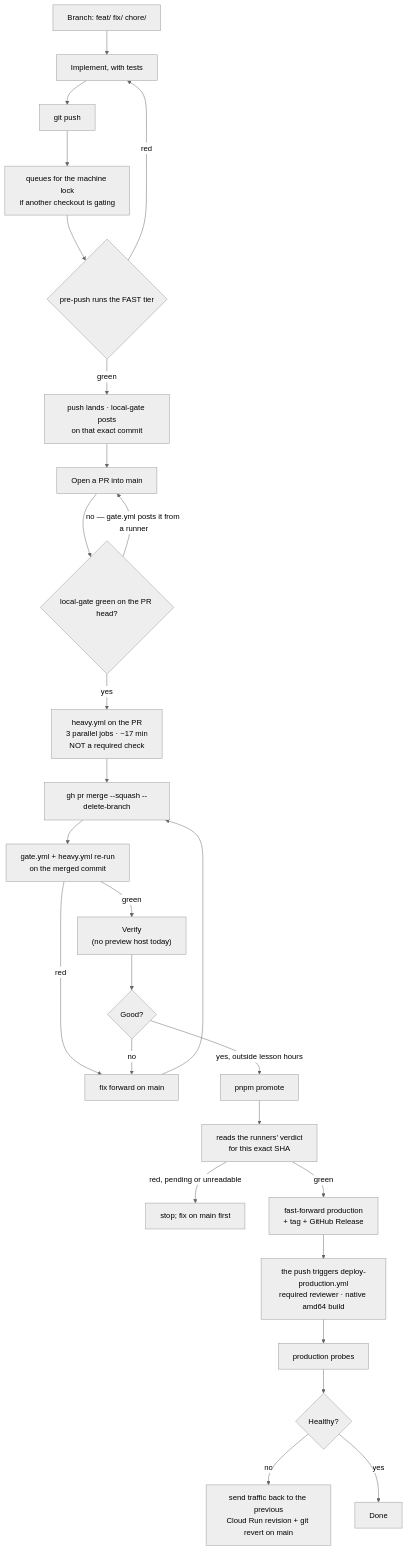
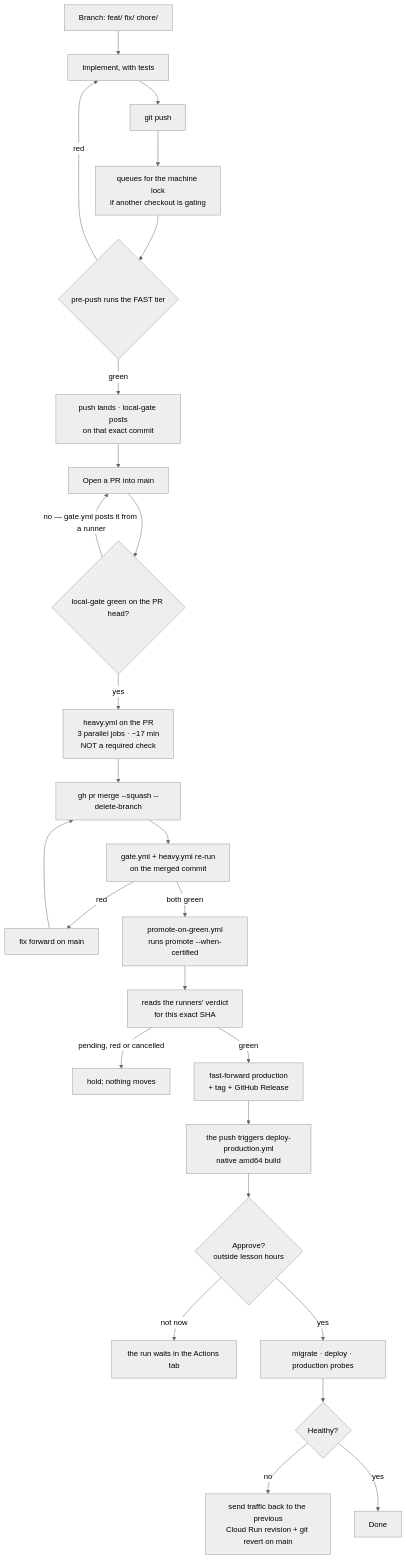
Before and after one commit to jaystewartuk/spiralclass: the diagram in docs/development/workflow.md, drawn with Mermaid (neutral theme). The commit also changed other lines of this file and 11 other files, not shown here.

First line of the commit message:
Production fell behind main whenever nobody remembered to run the promote

````diff
--- a/docs/development/workflow.md
+++ b/docs/development/workflow.md
@@ -134,29 +139,28 @@
 ```mermaid
 flowchart TD
     B["Branch: feat/ fix/ chore/"] --> C["Implement, with tests"]
     C --> E["git push"]
     E --> E1["queues for the machine lock<br/>if another checkout is gating"]
     E1 --> F{"pre-push runs the FAST tier"}
     F -->|red| C
     F -->|green| G["push lands · local-gate posts<br/>on that exact commit"]
     G --> H["Open a PR into main"]
     H --> H1{"local-gate green on the PR head?"}
     H1 -->|"no — gate.yml posts it from a runner"| H
     H1 -->|yes| HV["heavy.yml on the PR<br/>3 parallel jobs · ~17 min<br/>NOT a required check"]
     HV --> SP["gh pr merge --squash --delete-branch"]
     SP --> SP2["gate.yml + heavy.yml re-run<br/>on the merged commit"]
     SP2 -->|red| M["fix forward on main"]
-    SP2 -->|green| K["Verify<br/>(no preview host today)"]
-    K --> L{"Good?"}
-    L -->|no| M
     M --> SP
-    L -->|"yes, outside lesson hours"| N["pnpm promote"]
+    SP2 -->|"both green"| N["promote-on-green.yml<br/>runs promote --when-certified"]
     N --> O["reads the runners' verdict<br/>for this exact SHA"]
-    O -->|"red, pending or unreadable"| P["stop; fix on main first"]
+    O -->|"pending, red or cancelled"| P["hold; nothing moves"]
     O -->|green| R["fast-forward production<br/>+ tag + GitHub Release"]
-    R --> S["the push triggers deploy-production.yml<br/>required reviewer · native amd64 build"]
-    S --> T["production probes"]
+    R --> S["the push triggers deploy-production.yml<br/>native amd64 build"]
+    S --> L{"Approve?<br/>outside lesson hours"}
+    L -->|"not now"| Q["the run waits in the Actions tab"]
+    L -->|yes| T["migrate · deploy · production probes"]
     T --> U{"Healthy?"}
     U -->|no| V["send traffic back to the previous<br/>Cloud Run revision + git revert on main"]
     U -->|yes| W["Done"]
 ```
````
